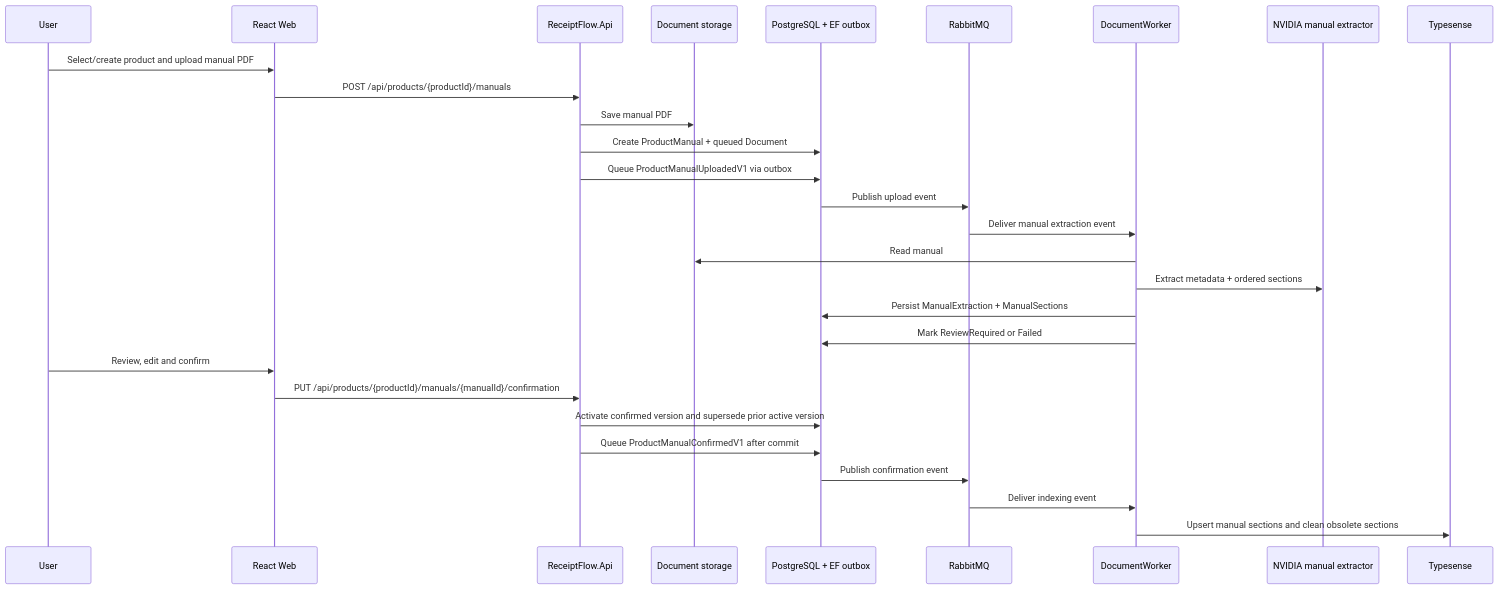
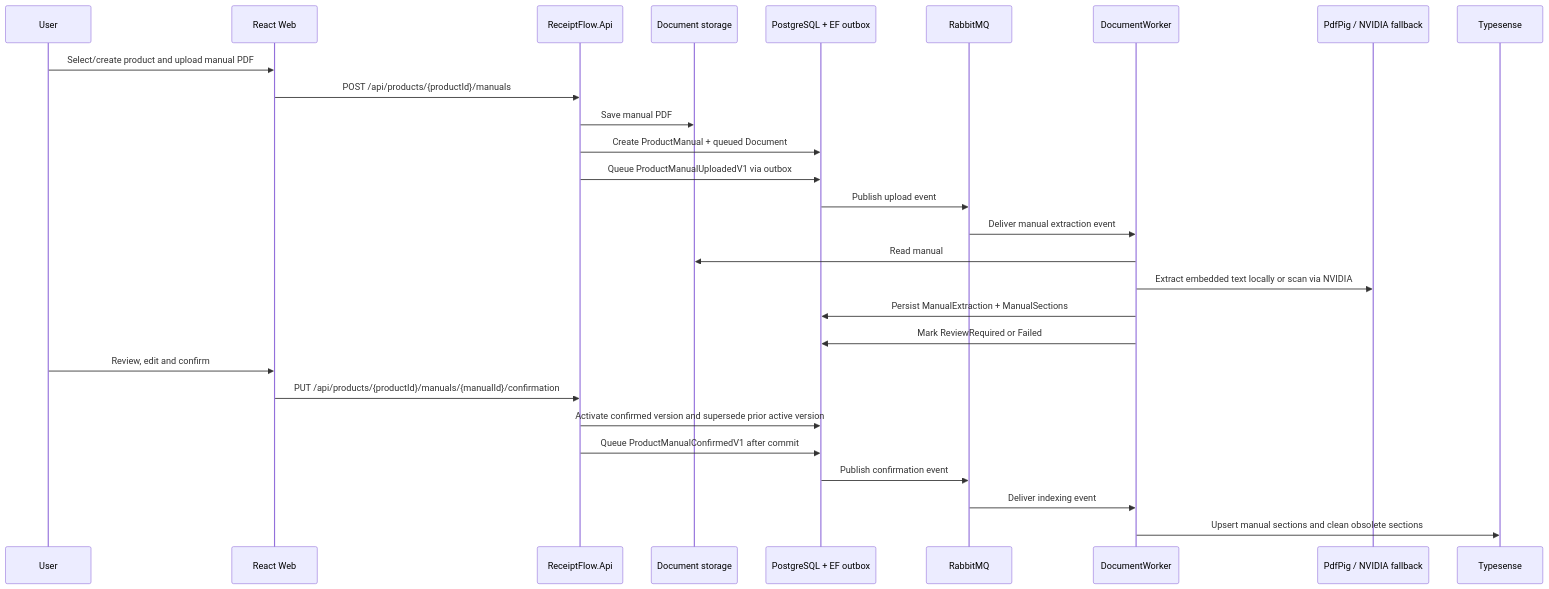
Before and after one commit to tonycruz-dev/receiptflow-ai: the third of 5 diagrams in README.md, drawn with Mermaid. The commit also changed other lines of this file and 22 other files, not shown here.

````diff
--- a/README.md
+++ b/README.md
@@ -167,31 +169,31 @@
 ```mermaid
 sequenceDiagram
   participant User
   participant Web as React Web
   participant Api as ReceiptFlow.Api
   participant Store as Document storage
   participant Db as PostgreSQL + EF outbox
   participant Bus as RabbitMQ
   participant Worker as DocumentWorker
-  participant AI as NVIDIA manual extractor
+  participant Extract as PdfPig / NVIDIA fallback
   participant Search as Typesense
 
   User->>Web: Select/create product and upload manual PDF
   Web->>Api: POST /api/products/{productId}/manuals
   Api->>Store: Save manual PDF
   Api->>Db: Create ProductManual + queued Document
   Api->>Db: Queue ProductManualUploadedV1 via outbox
   Db->>Bus: Publish upload event
   Bus->>Worker: Deliver manual extraction event
   Worker->>Store: Read manual
-  Worker->>AI: Extract metadata + ordered sections
+  Worker->>Extract: Extract embedded text locally or scan via NVIDIA
   Worker->>Db: Persist ManualExtraction + ManualSections
   Worker->>Db: Mark ReviewRequired or Failed
   User->>Web: Review, edit and confirm
   Web->>Api: PUT /api/products/{productId}/manuals/{manualId}/confirmation
   Api->>Db: Activate confirmed version and supersede prior active version
   Api->>Db: Queue ProductManualConfirmedV1 after commit
   Db->>Bus: Publish confirmation event
   Bus->>Worker: Deliver indexing event
   Worker->>Search: Upsert manual sections and clean obsolete sections
 ```
````
